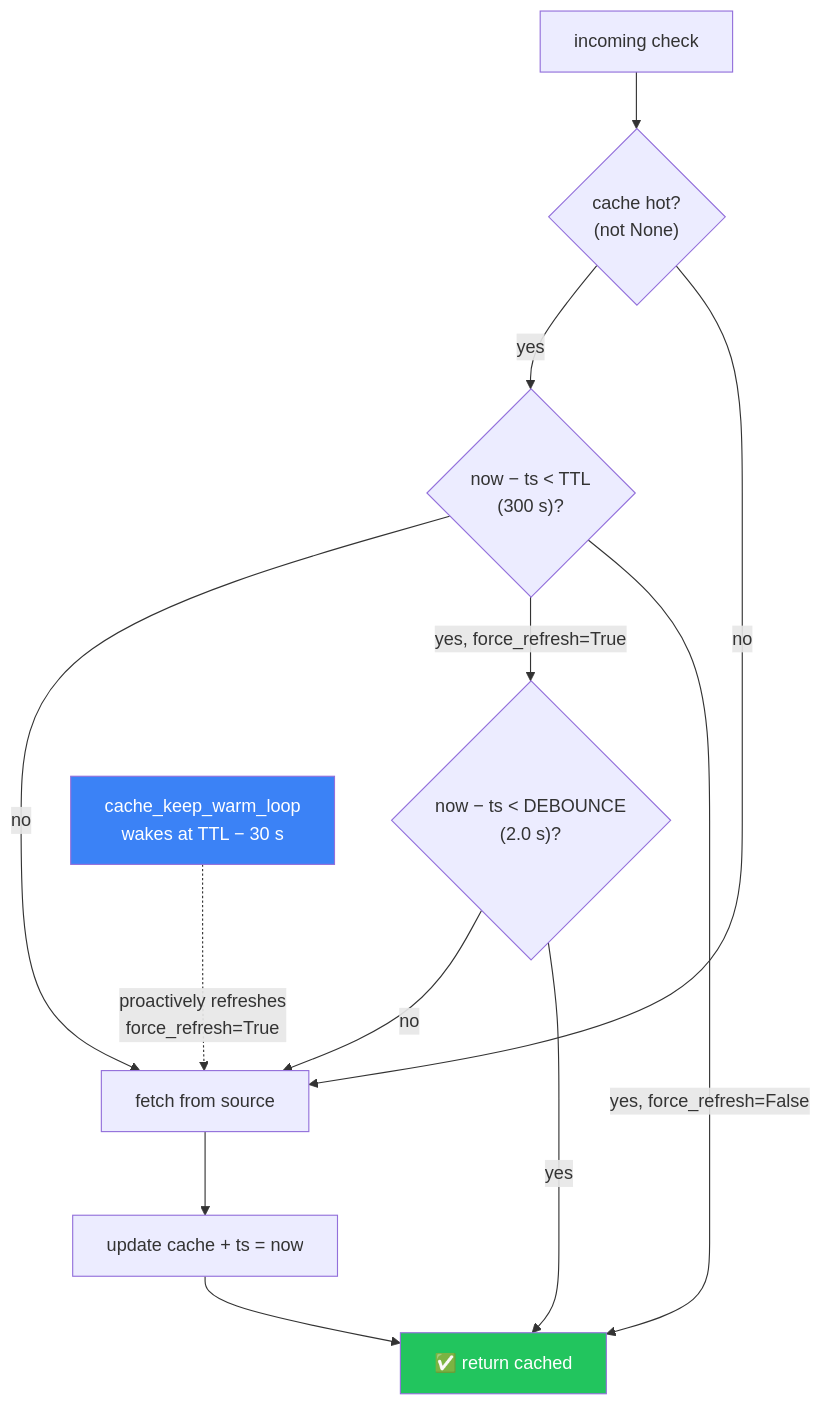
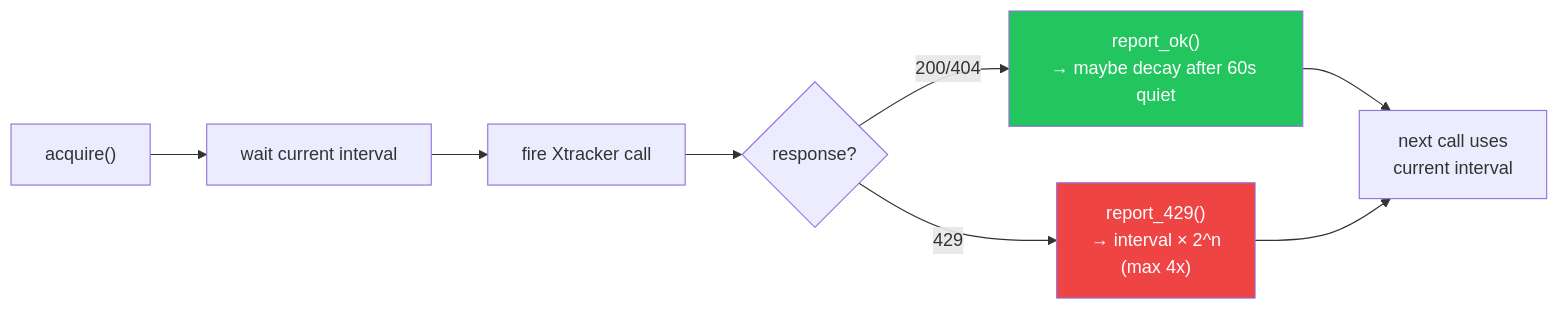
Before and after one commit to pizzarobloxh/bgc-bot: diagram 13 of 16 in README.md, drawn with Mermaid. The commit also changed other lines of this file, not shown here.

````diff
--- a/README.md
+++ b/README.md
@@ -751,18 +645,13 @@
 ```mermaid
-flowchart TD
-    REQ["incoming check"] --> Q{"cache hot?<br/>(not None)"}
-    Q -->|"no"| FETCH["fetch from source"]
-    Q -->|"yes"| TTL{"now − ts < TTL<br/>(300 s)?"}
-    TTL -->|"yes, force_refresh=False"| USE["✅ return cached"]
-    TTL -->|"yes, force_refresh=True"| DEB{"now − ts < DEBOUNCE<br/>(2.0 s)?"}
-    TTL -->|"no"| FETCH
-    DEB -->|"yes"| USE
-    DEB -->|"no"| FETCH
-    FETCH --> STORE["update cache + ts = now"]
-    STORE --> USE
+flowchart LR
+    A["acquire()"] --> B["wait current interval"]
+    B --> C["fire Xtracker call"]
+    C --> D{"response?"}
+    D -->|"200/404"| E["report_ok()<br/>→ maybe decay after 60s quiet"]
+    D -->|"429"| F["report_429()<br/>→ interval × 2^n<br/>(max 4x)"]
+    E --> G["next call uses<br/>current interval"]
+    F --> G
 
-    KEEP["cache_keep_warm_loop<br/>wakes at TTL − 30 s"] -.->|"proactively refreshes<br/>force_refresh=True"| FETCH
-
-    style USE fill:#22c55e,color:#fff
-    style KEEP fill:#3b82f6,color:#fff
+    style F fill:#ef4444,color:#fff
+    style E fill:#22c55e,color:#fff
 ```
````
